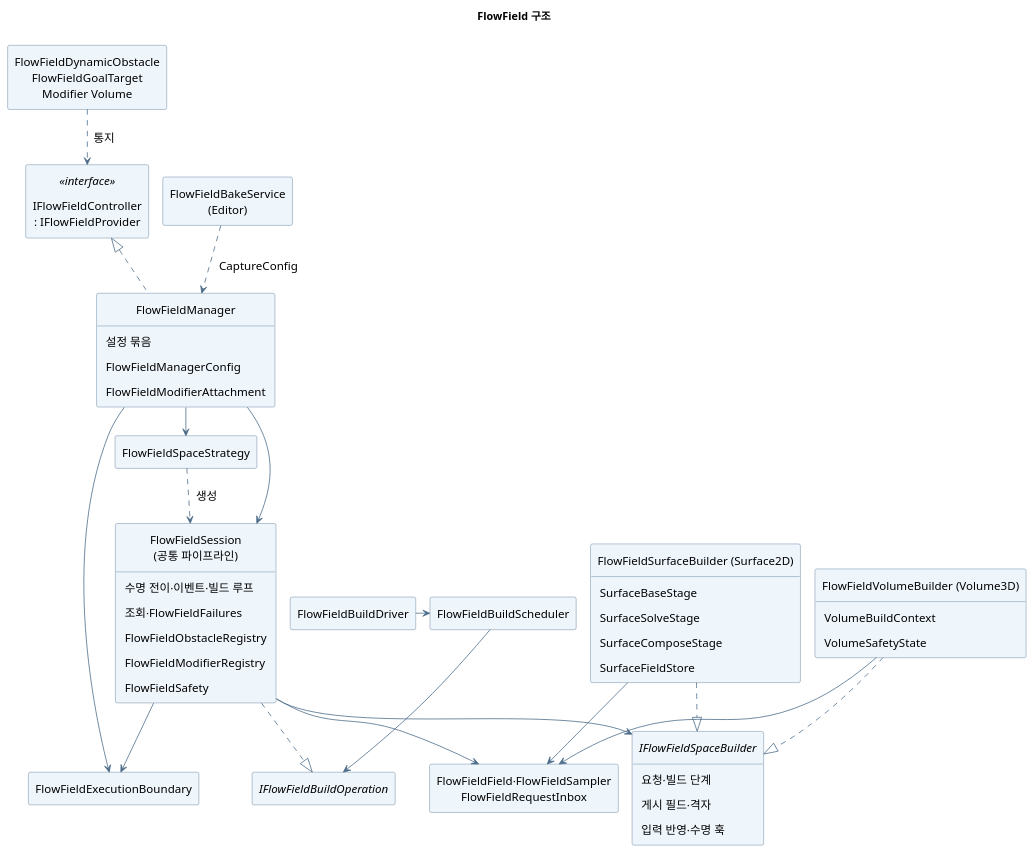
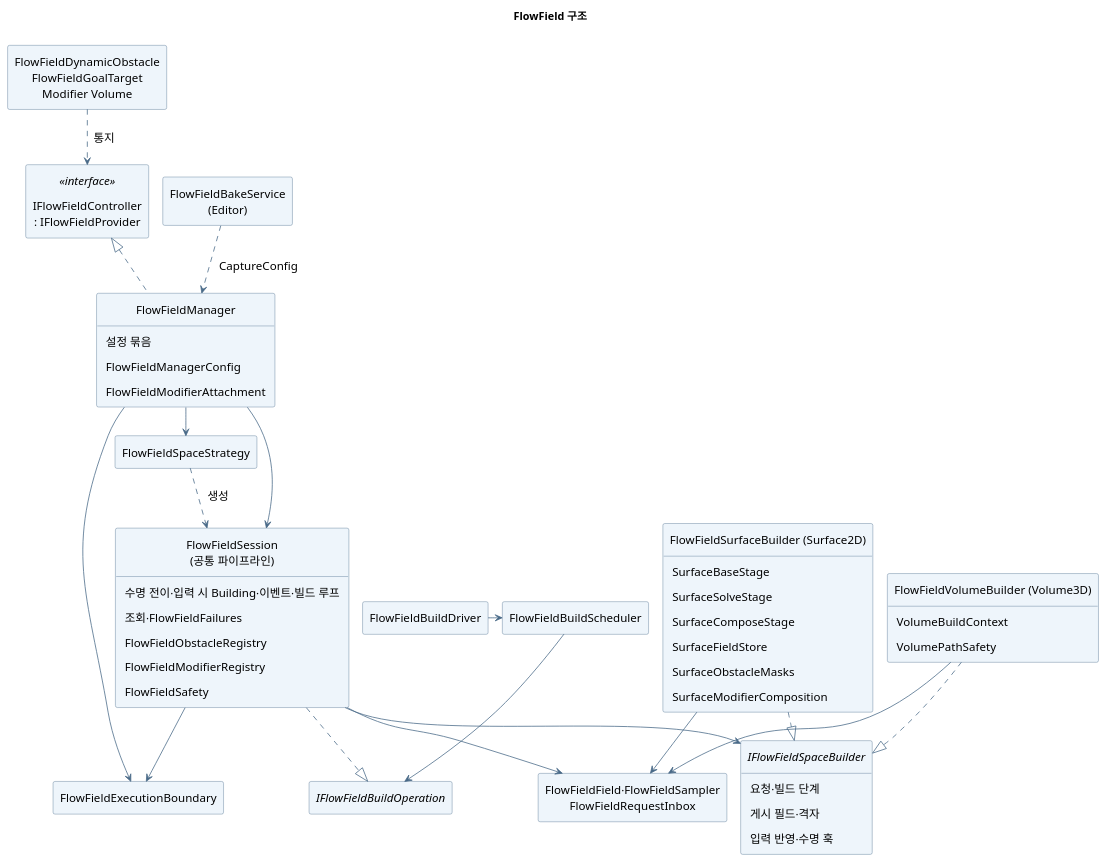
The diagram in ToyProject/Assets/_FlowField/Docs/flowfield-structure.puml (youwonsock/tool-unity-editor), drawn with PlantUML before and after one commit. The commit also changed 14 other files, not shown here.

```diff
--- a/ToyProject/Assets/_FlowField/Docs/flowfield-structure.puml
+++ b/ToyProject/Assets/_FlowField/Docs/flowfield-structure.puml
@@ -1,68 +1,70 @@
 @startuml flowfield-structure
 !pragma layout smetana
 skinparam shadowing false
 skinparam defaultFontName "Apple SD Gothic Neo"
 skinparam defaultFontSize 15
 skinparam ArrowColor #496A88
 skinparam Padding 6
 skinparam classBackgroundColor #EEF5FB
 skinparam classBorderColor #496A88
 hide empty members
 hide circle
 title FlowField 구조
 
 class "IFlowFieldController\n: IFlowFieldProvider" as API <<interface>>
 class FlowFieldManager {
   설정 묶음
   FlowFieldManagerConfig
   FlowFieldModifierAttachment
 }
 class FlowFieldExecutionBoundary
 class FlowFieldBuildDriver
 class FlowFieldBuildScheduler
 interface IFlowFieldBuildOperation
 class FlowFieldSpaceStrategy
 class "FlowFieldSession\n(공통 파이프라인)" as Session {
-  수명 전이·이벤트·빌드 루프
+  수명 전이·입력 시 Building·이벤트·빌드 루프
   조회·FlowFieldFailures
   FlowFieldObstacleRegistry
   FlowFieldModifierRegistry
   FlowFieldSafety
 }
 interface IFlowFieldSpaceBuilder {
   요청·빌드 단계
   게시 필드·격자
   입력 반영·수명 훅
 }
 class "FlowFieldSurfaceBuilder (Surface2D)" as Surface {
   SurfaceBaseStage
   SurfaceSolveStage
   SurfaceComposeStage
   SurfaceFieldStore
+  SurfaceObstacleMasks
+  SurfaceModifierComposition
 }
 class "FlowFieldVolumeBuilder (Volume3D)" as Volume {
   VolumeBuildContext
-  VolumeSafetyState
+  VolumePathSafety
 }
 class "FlowFieldField·FlowFieldSampler\nFlowFieldRequestInbox" as Shared
 class "FlowFieldBakeService\n(Editor)" as BakeService
 class "FlowFieldDynamicObstacle\nFlowFieldGoalTarget\nModifier Volume" as Components
 
 FlowFieldManager .up.|> API
 FlowFieldManager --> Session
 FlowFieldManager --> FlowFieldSpaceStrategy
 FlowFieldSpaceStrategy ..> Session : 생성
 BakeService ..> FlowFieldManager : CaptureConfig
 FlowFieldManager --> FlowFieldExecutionBoundary
 Components ..> API : 통지
 Session --> IFlowFieldSpaceBuilder
 Surface ..|> IFlowFieldSpaceBuilder
 Volume ..|> IFlowFieldSpaceBuilder
 Surface --> Shared
 Volume --> Shared
 Session --> FlowFieldExecutionBoundary
 Session --> Shared
 Session ..|> IFlowFieldBuildOperation
 FlowFieldBuildScheduler --> IFlowFieldBuildOperation
 FlowFieldBuildDriver -right-> FlowFieldBuildScheduler
 @enduml
```
